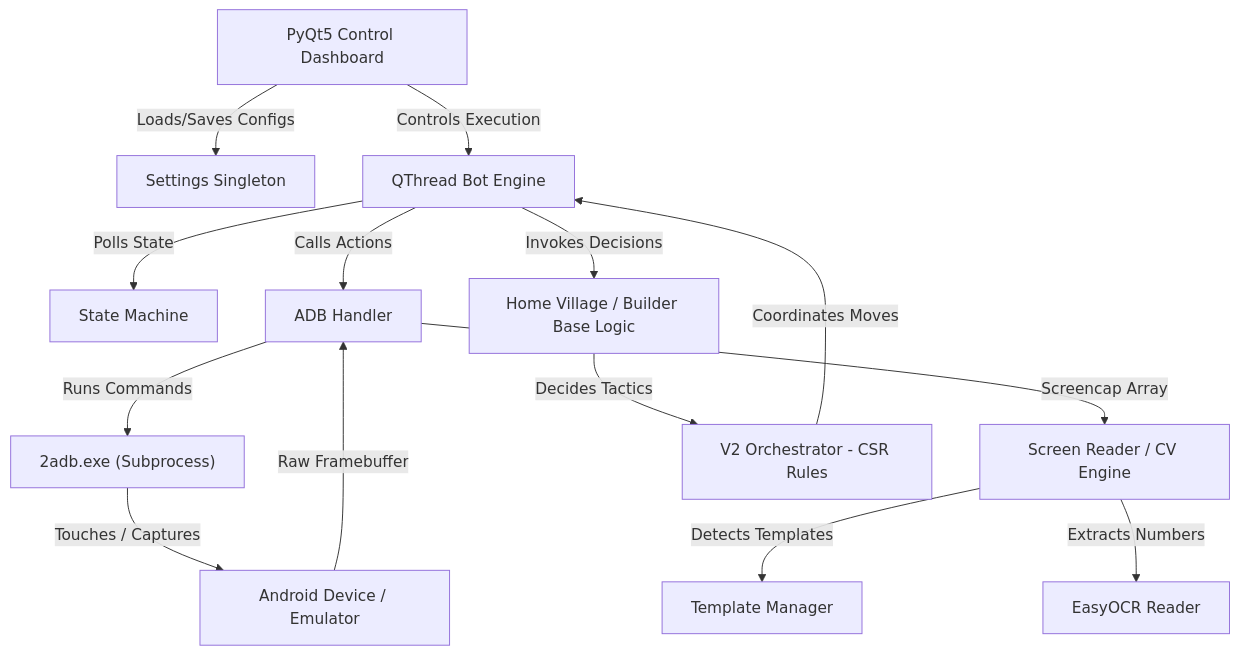
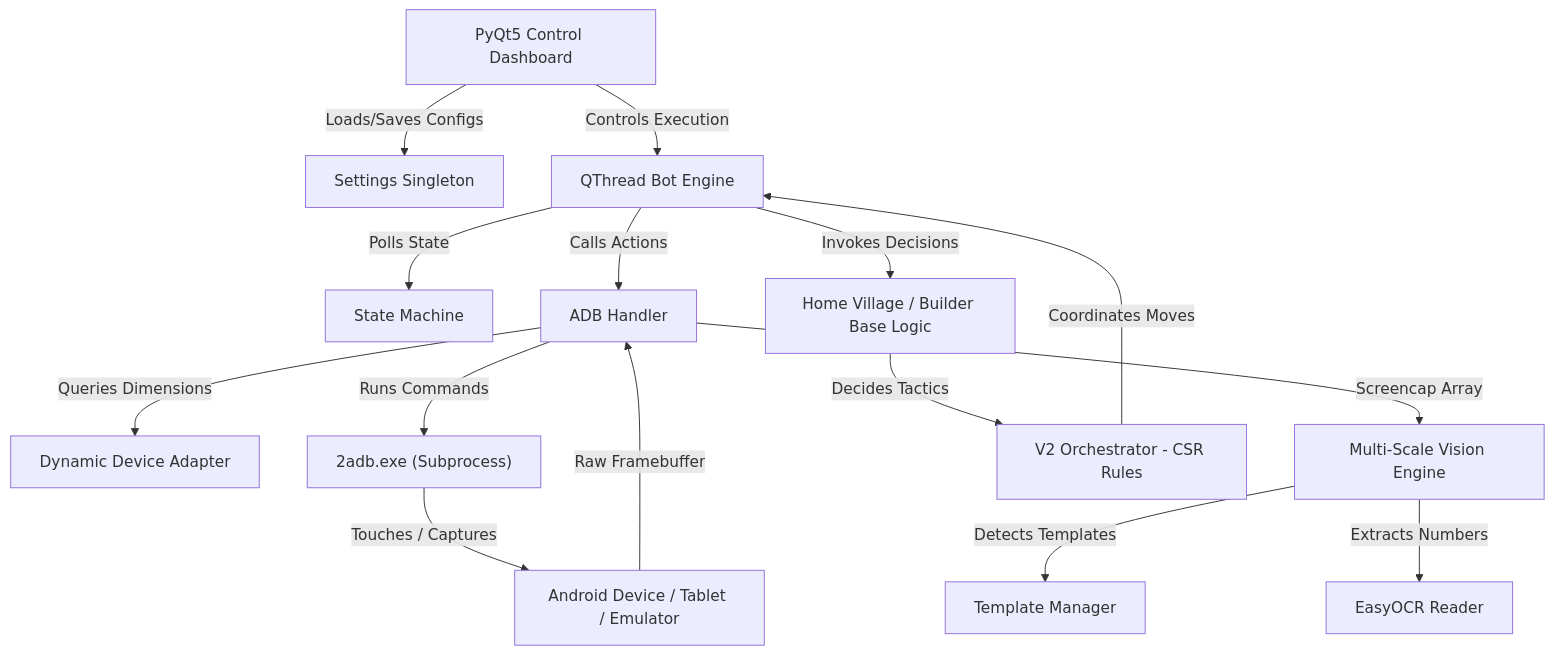
One commit to alisakkaf/Clash-of-Clans-Bot-Auto-Farmer changed the diagram in README.md. Above: the diagram before and after it, drawn with Mermaid. The commit also changed other lines of this file and 17 other files, not shown here.

Commit message:
v1.2.0: Multi-device dynamic resolution engine, 5 performance profiles, scenery-immune vision & EasyOCR low-spec fixes

````diff
--- a/README.md
+++ b/README.md
@@ -62,16 +80,17 @@
 ```mermaid
 graph TD
     UI[PyQt5 Control Dashboard] -->|Loads/Saves Configs| Settings[Settings Singleton]
     UI -->|Controls Execution| Engine[QThread Bot Engine]
     Engine -->|Polls State| StateMachine[State Machine]
     Engine -->|Calls Actions| ADB[ADB Handler]
+    ADB -->|Queries Dimensions| Resolution[Dynamic Device Adapter]
     ADB -->|Runs Commands| Exec["2adb.exe (Subprocess)"]
-    Exec -->|Touches / Captures| Device[Android Device / Emulator]
+    Exec -->|Touches / Captures| Device[Android Device / Tablet / Emulator]
     Device -->|Raw Framebuffer| ADB
-    ADB -->|Screencap Array| ScreenReader[Screen Reader / CV Engine]
+    ADB -->|Screencap Array| ScreenReader[Multi-Scale Vision Engine]
     ScreenReader -->|Detects Templates| Templates[Template Manager]
     ScreenReader -->|Extracts Numbers| OCR[EasyOCR Reader]
     Engine -->|Invokes Decisions| Logic[Home Village / Builder Base Logic]
     Logic -->|Decides Tactics| CSR[V2 Orchestrator - CSR Rules]
     CSR -->|Coordinates Moves| Engine
 ```
````
